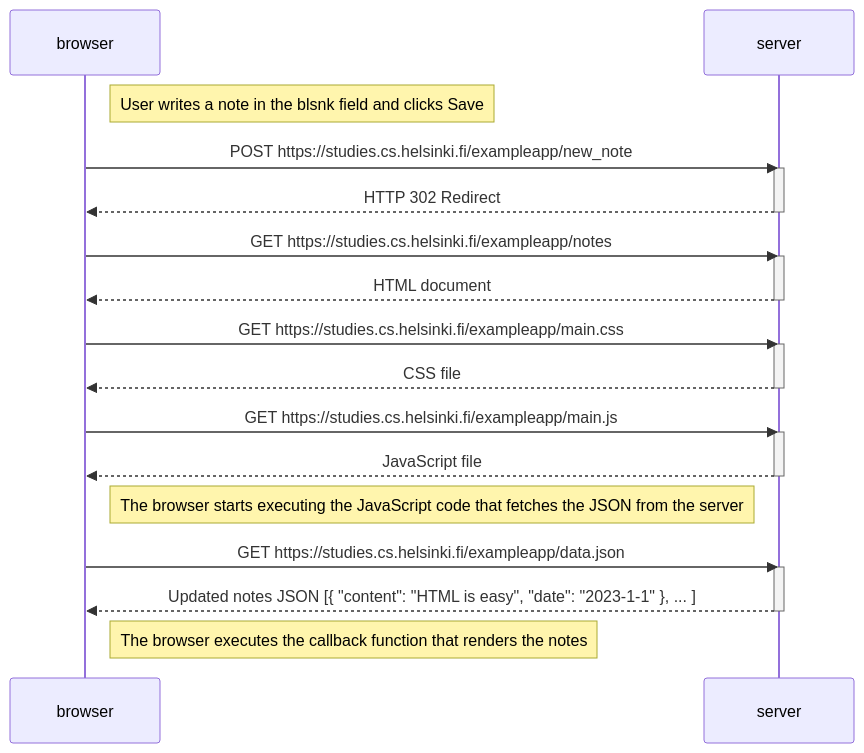
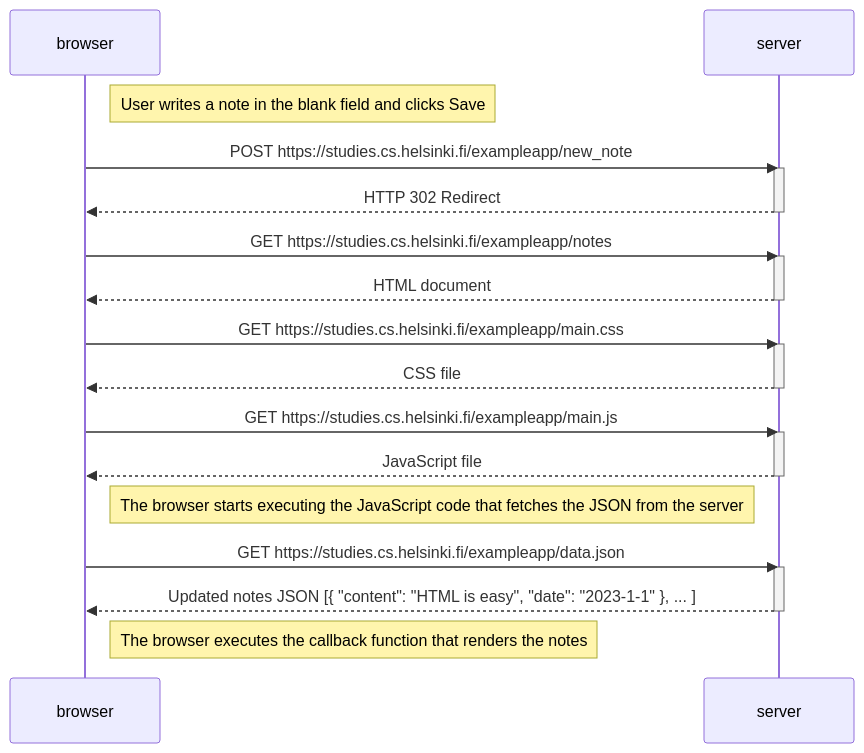
Before and after one commit to BaidikiKabiraj/fullstackopen: the diagram in part0/0.4.md, drawn with Mermaid. The commit also changed 1 other file, not shown here.

Commit message:
Completed 0.6 exercise and corrected blank spelling in 0.4

````diff
--- a/part0/0.4.md
+++ b/part0/0.4.md
@@ -1,36 +1,36 @@
 ```mermaid
 sequenceDiagram
     participant browser
     participant server
 
-    Note right of browser:User writes a note in the blsnk field and clicks Save
+    Note right of browser:User writes a note in the blank field and clicks Save
 
     browser->>server: POST https://studies.cs.helsinki.fi/exampleapp/new_note
     activate server
     server-->>browser: HTTP 302 Redirect
     deactivate server
 
     browser->>server: GET https://studies.cs.helsinki.fi/exampleapp/notes
     activate server
     server-->>browser: HTML document
     deactivate server
 
     browser->>server: GET https://studies.cs.helsinki.fi/exampleapp/main.css
     activate server
     server-->>browser: CSS file
     deactivate server
 
     browser->>server: GET https://studies.cs.helsinki.fi/exampleapp/main.js
     activate server
     server-->>browser: JavaScript file
     deactivate server
 
     Note right of browser: The browser starts executing the JavaScript code that fetches the JSON from the server
 
     browser->>server: GET https://studies.cs.helsinki.fi/exampleapp/data.json
     activate server
     server-->>browser: Updated notes JSON  [{ "content": "HTML is easy", "date": "2023-1-1" }, ... ]
     deactivate server
 
     Note right of browser: The browser executes the callback function that renders the notes
 ```
````
